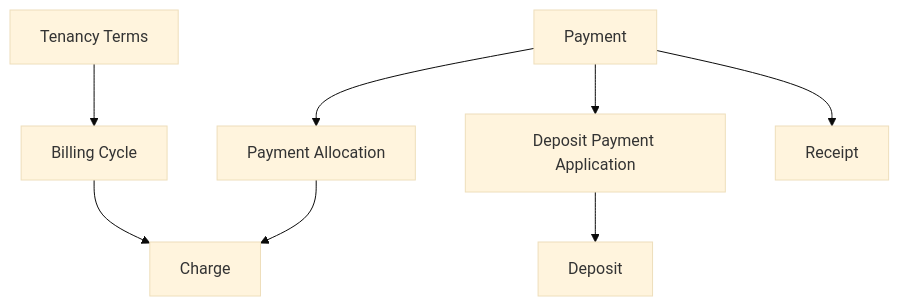
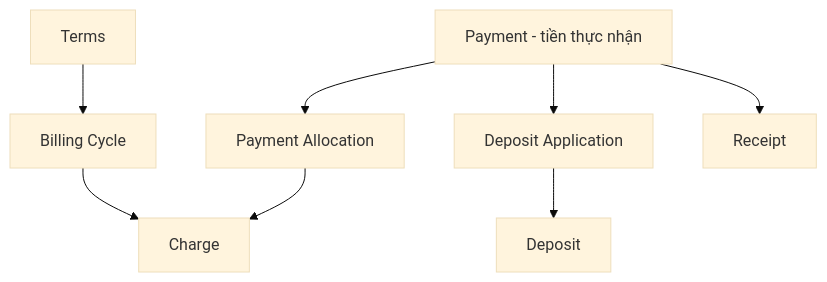
The fifth of 5 diagrams in docs/contexts/product-domain.md (Danh20100/moibile_app), drawn with Mermaid (base theme) before and after one commit. The commit also changed other lines of this file and 9 other files, not shown here.

````diff
--- a/docs/contexts/product-domain.md
+++ b/docs/contexts/product-domain.md
@@ -119,10 +132,10 @@
 ```mermaid
 flowchart TD
-    TERMS[Tenancy Terms] --> BC[Billing Cycle]
-    BC --> CH[Charge]
-    PAY[Payment] --> PA[Payment Allocation]
-    PA --> CH
-    PAY --> DPA[Deposit Payment Application]
-    DPA --> DEP[Deposit]
-    PAY --> REC[Receipt]
+    TERMS["Terms"] --> CYCLE["Billing Cycle"]
+    CYCLE --> CHARGE["Charge"]
+    PAYMENT["Payment - tiền thực nhận"] --> ALLOC["Payment Allocation"]
+    ALLOC --> CHARGE
+    PAYMENT --> DEPAPP["Deposit Application"]
+    DEPAPP --> DEP["Deposit"]
+    PAYMENT --> RECEIPT["Receipt"]
 ```
````
